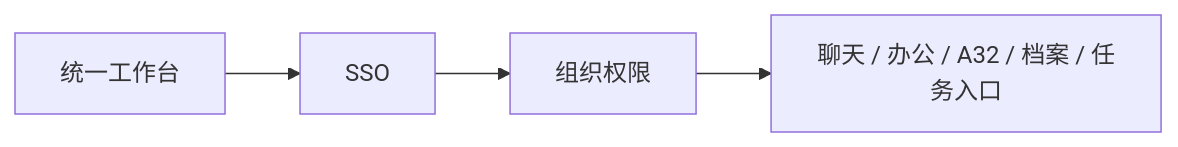
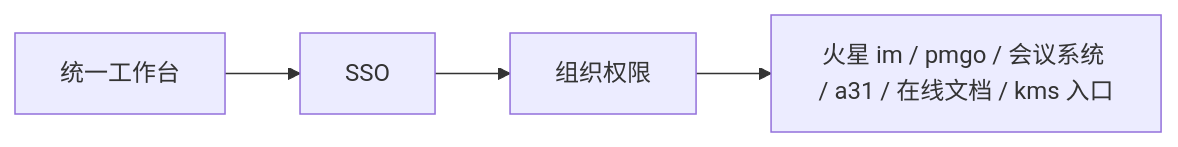
The fifth of 6 diagrams in job/mod/ai-agent-internal-software-integration.md (XiaoYang1127/dev-doc), drawn with Mermaid before and after one commit. The commit also changed other lines of this file and 5 other files, not shown here.

````diff
--- a/job/mod/ai-agent-internal-software-integration.md
+++ b/job/mod/ai-agent-internal-software-integration.md
@@ -315,6 +303,6 @@
 ```mermaid
 flowchart LR
     A[统一工作台] --> B[SSO]
     B --> C[组织权限]
-    C --> D[聊天 / 办公 / A32 / 档案 / 任务入口]
+    C --> D[火星 im / pmgo / 会议系统 / a31 / 在线文档 / kms 入口]
 ```
````
